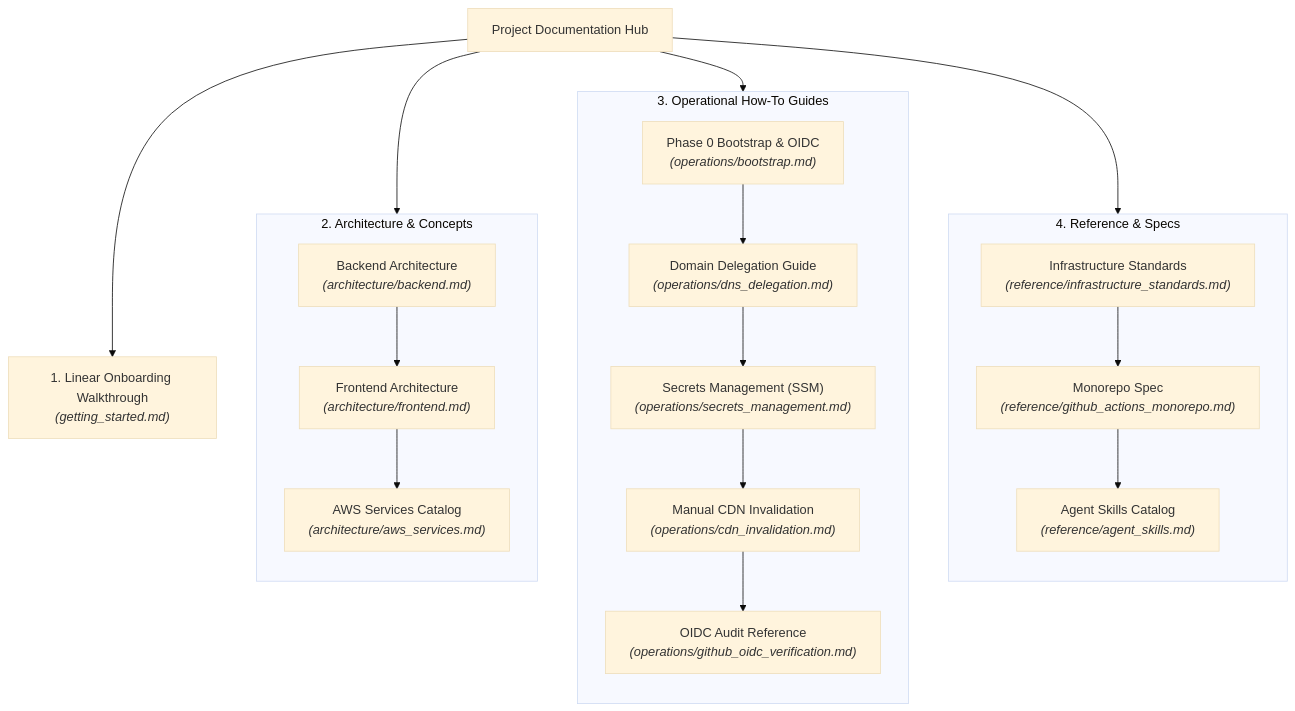
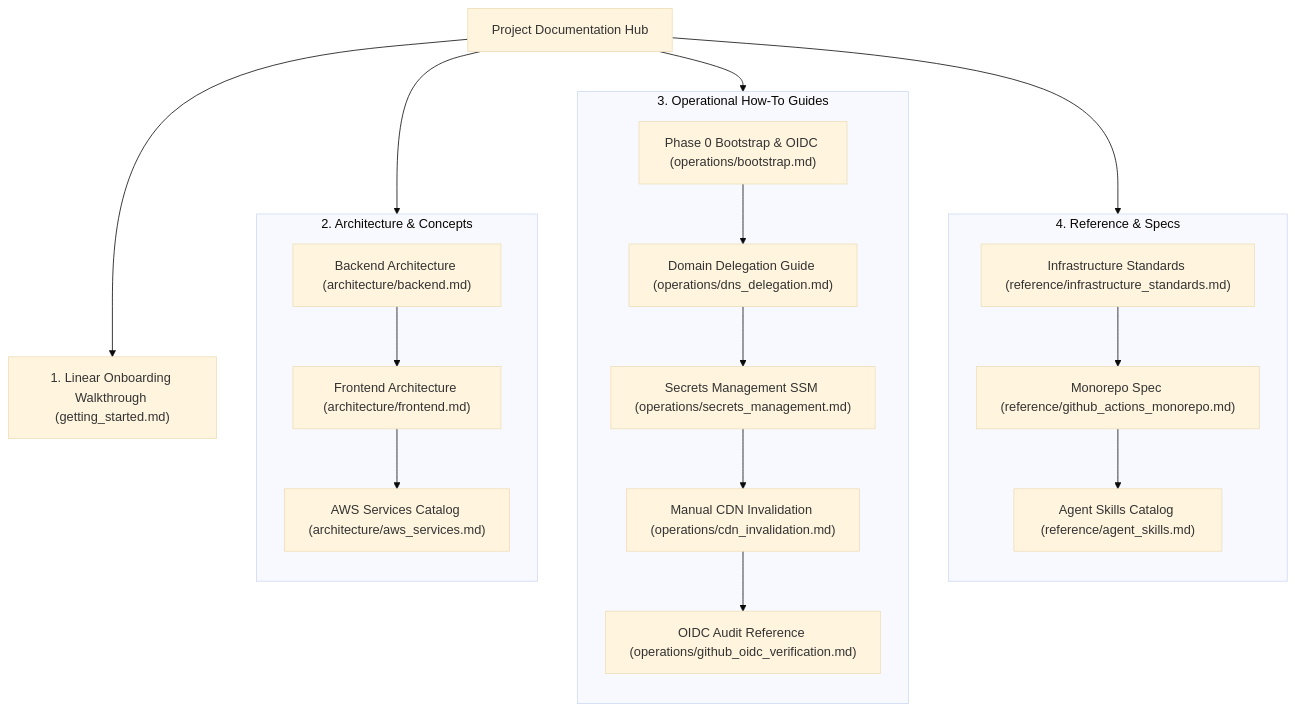
Before and after one commit to Beep1608/cleanmybelly: the diagram in docs/README.md, drawn with Mermaid (base theme). The commit also changed 2 other files, not shown here.

Commit message:
I wast the last modification of the docs architecture, I've tested the skills en everything works good

````diff
--- a/docs/README.md
+++ b/docs/README.md
@@ -17,33 +17,33 @@
 ```mermaid
 graph TD
-    Start[Project Documentation Hub] --> GS["1. Linear Onboarding Walkthrough<br><i>(getting_started.md)</i>"]
+    Start[Project Documentation Hub] --> GS["1. Linear Onboarding Walkthrough (getting_started.md)"]
     Start --> Arch
     Start --> Ops
     Start --> Ref
 
     subgraph Arch [2. Architecture & Concepts]
         direction TB
-        Arch_Back["Backend Architecture<br><i>(architecture/backend.md)</i>"]
-        Arch_Front["Frontend Architecture<br><i>(architecture/frontend.md)</i>"]
-        Arch_AWS["AWS Services Catalog<br><i>(architecture/aws_services.md)</i>"]
+        Arch_Back["Backend Architecture (architecture/backend.md)"]
+        Arch_Front["Frontend Architecture (architecture/frontend.md)"]
+        Arch_AWS["AWS Services Catalog (architecture/aws_services.md)"]
         Arch_Back --> Arch_Front --> Arch_AWS
     end
 
     subgraph Ops [3. Operational How-To Guides]
         direction TB
-        Ops_Boot["Phase 0 Bootstrap & OIDC<br><i>(operations/bootstrap.md)</i>"]
-        Ops_DNS["Domain Delegation Guide<br><i>(operations/dns_delegation.md)</i>"]
-        Ops_Sec["Secrets Management (SSM)<br><i>(operations/secrets_management.md)</i>"]
-        Ops_CDN["Manual CDN Invalidation<br><i>(operations/cdn_invalidation.md)</i>"]
-        Ops_OIDC["OIDC Audit Reference<br><i>(operations/github_oidc_verification.md)</i>"]
+        Ops_Boot["Phase 0 Bootstrap & OIDC (operations/bootstrap.md)"]
+        Ops_DNS["Domain Delegation Guide (operations/dns_delegation.md)"]
+        Ops_Sec["Secrets Management SSM (operations/secrets_management.md)"]
+        Ops_CDN["Manual CDN Invalidation (operations/cdn_invalidation.md)"]
+        Ops_OIDC["OIDC Audit Reference (operations/github_oidc_verification.md)"]
         Ops_Boot --> Ops_DNS --> Ops_Sec --> Ops_CDN --> Ops_OIDC
     end
 
     subgraph Ref [4. Reference & Specs]
         direction TB
-        Ref_Plan["Infrastructure Standards<br><i>(reference/infrastructure_standards.md)</i>"]
-        Ref_Pipe["Monorepo Spec<br><i>(reference/github_actions_monorepo.md)</i>"]
-        Ref_Skills["Agent Skills Catalog<br><i>(reference/agent_skills.md)</i>"]
+        Ref_Plan["Infrastructure Standards (reference/infrastructure_standards.md)"]
+        Ref_Pipe["Monorepo Spec (reference/github_actions_monorepo.md)"]
+        Ref_Skills["Agent Skills Catalog (reference/agent_skills.md)"]
         Ref_Plan --> Ref_Pipe --> Ref_Skills
     end
 ```
````
